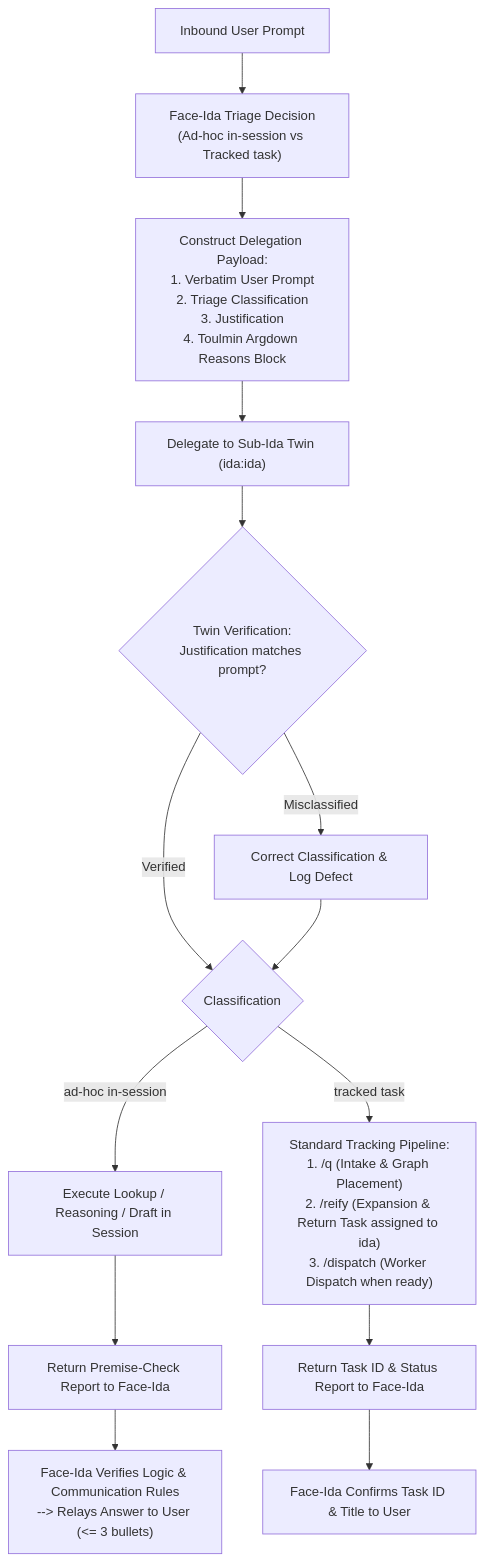
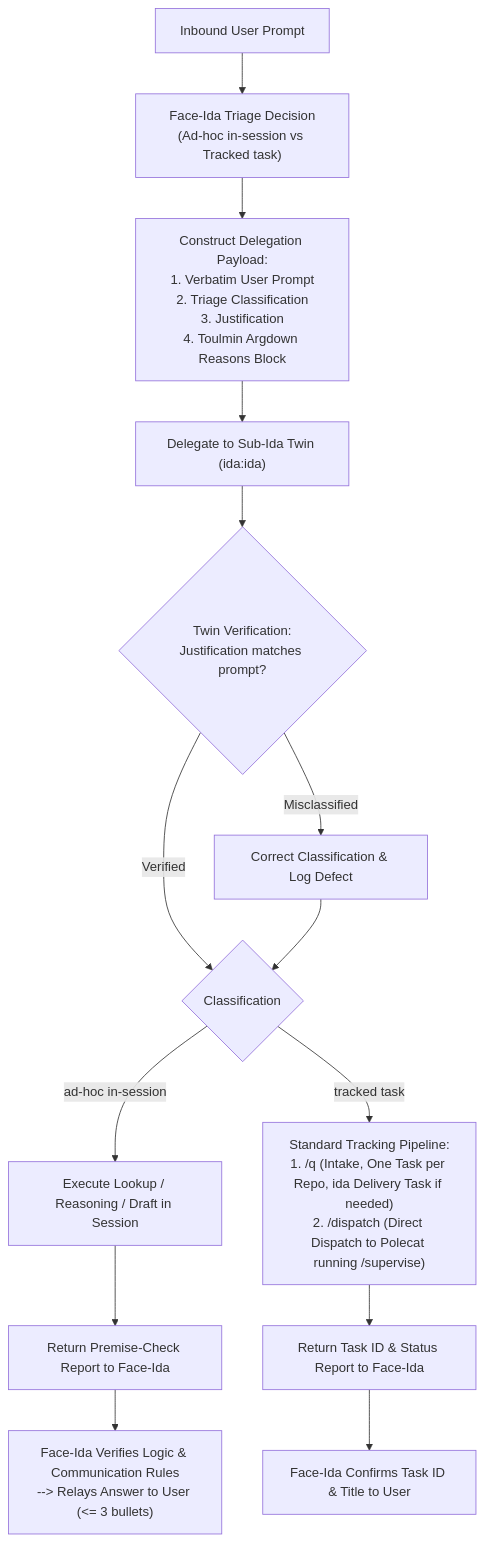
The diagram in specs/agents/face-ida-triage-and-tracked-requests.md (nicsuzor/academicOps), drawn with Mermaid before and after one commit. The commit also changed other lines of this file and 18 other files, not shown here.

````diff
--- a/specs/agents/face-ida-triage-and-tracked-requests.md
+++ b/specs/agents/face-ida-triage-and-tracked-requests.md
@@ -69,19 +69,19 @@
 ```mermaid
 flowchart TD
     UserPrompt["Inbound User Prompt"] --> FaceTriage["Face-Ida Triage Decision<br/>(Ad-hoc in-session vs Tracked task)"]
     FaceTriage --> ConstructPayload["Construct Delegation Payload:<br/>1. Verbatim User Prompt<br/>2. Triage Classification<br/>3. Justification<br/>4. Toulmin Argdown Reasons Block"]
     ConstructPayload --> DelegateTwin["Delegate to Sub-Ida Twin (ida:ida)"]
     
     DelegateTwin --> TwinCheck{"Twin Verification:<br/>Justification matches prompt?"}
     TwinCheck -- Misclassified --> CorrectRoute["Correct Classification & Log Defect"]
     TwinCheck -- Verified --> ExecuteBranch{"Classification"}
     CorrectRoute --> ExecuteBranch
     
     ExecuteBranch -- "ad-hoc in-session" --> InSessionExec["Execute Lookup / Reasoning / Draft in Session"]
     InSessionExec --> TwinReport["Return Premise-Check Report to Face-Ida"]
     TwinReport --> FaceRelay["Face-Ida Verifies Logic & Communication Rules<br/>--> Relays Answer to User (<= 3 bullets)"]
     
-    ExecuteBranch -- "tracked task" --> Pipeline["Standard Tracking Pipeline:<br/>1. /q (Intake & Graph Placement)<br/>2. /reify (Expansion & Return Task assigned to ida)<br/>3. /dispatch (Worker Dispatch when ready)"]
+    ExecuteBranch -- "tracked task" --> Pipeline["Standard Tracking Pipeline:<br/>1. /q (Intake, One Task per Repo, ida Delivery Task if needed)<br/>2. /dispatch (Direct Dispatch to Polecat running /supervise)"]
     Pipeline --> TaskReport["Return Task ID & Status Report to Face-Ida"]
     TaskReport --> FaceConfirm["Face-Ida Confirms Task ID & Title to User"]
 ```
````
